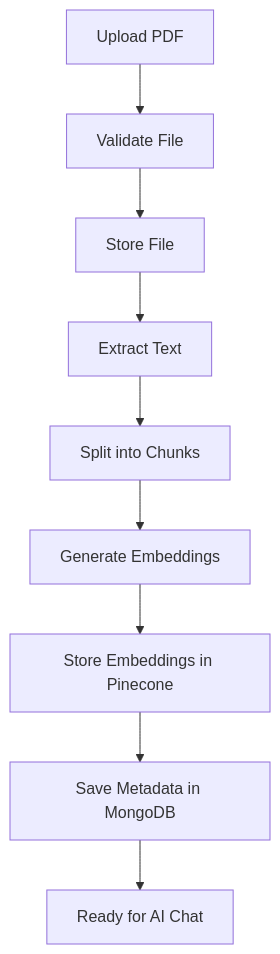
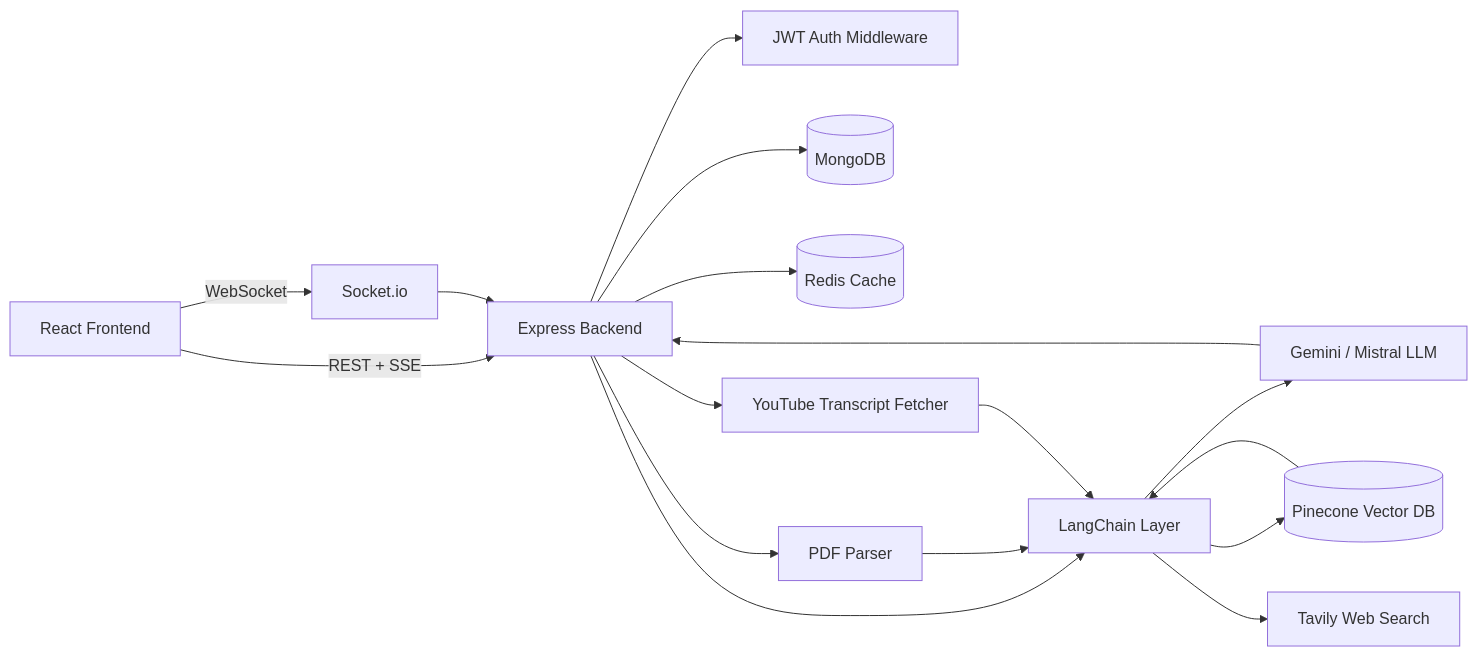
One commit to hari5827/AskQuery-Genai changed the first of 4 diagrams in README.md. Above: the diagram before and after it, drawn with Mermaid. The commit also changed other lines of this file, not shown here.

````diff
--- a/README.md
+++ b/README.md
@@ -142,21 +99,19 @@
 ```mermaid
-flowchart TD
-
-A[Upload PDF]
-
-A --> B[Validate File]
-
-B --> C[Store File]
-
-C --> D[Extract Text]
-
-D --> E[Split into Chunks]
-
-E --> F[Generate Embeddings]
-
-F --> G[Store Embeddings in Pinecone]
-
-G --> H[Save Metadata in MongoDB]
-
-H --> I[Ready for AI Chat]
+flowchart LR
+    A[React Frontend] -->|REST + SSE| B[Express Backend]
+    A -->|WebSocket| S[Socket.io]
+    B --> C[JWT Auth Middleware]
+    B --> D[(MongoDB)]
+    B --> R[(Redis Cache)]
+    B --> E[LangChain Layer]
+    E --> F[Gemini / Mistral LLM]
+    E --> G[(Pinecone Vector DB)]
+    E --> H[Tavily Web Search]
+    B --> I[PDF Parser]
+    B --> Y[YouTube Transcript Fetcher]
+    I --> E
+    Y --> E
+    G --> E
+    F --> B
+    S --> B
 ```
````
